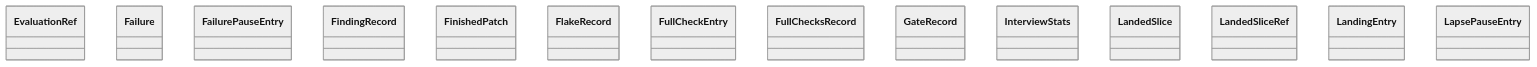
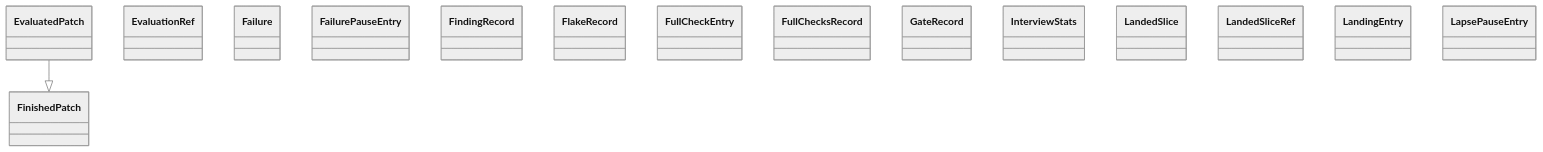
One commit to GonzaloZevallos/agentic-system changed the diagram in docs/architecture/generated/classes-process-domain-state-4.md. Above: the diagram before and after it, drawn with Mermaid (neutral theme). The commit also changed other lines of this file and 21 other files, not shown here.

````diff
--- a/docs/architecture/generated/classes-process-domain-state-4.md
+++ b/docs/architecture/generated/classes-process-domain-state-4.md
@@ -23,17 +23,19 @@
 ```mermaid
 classDiagram
+    class task__EvaluatedPatch["EvaluatedPatch"]
     class task__EvaluationRef["EvaluationRef"]
     class task__Failure["Failure"]
     class task__FailurePauseEntry["FailurePauseEntry"]
     class task__FindingRecord["FindingRecord"]
     class task__FinishedPatch["FinishedPatch"]
     class task__FlakeRecord["FlakeRecord"]
     class task__FullCheckEntry["FullCheckEntry"]
     class task__FullChecksRecord["FullChecksRecord"]
     class task__GateRecord["GateRecord"]
     class task__InterviewStats["InterviewStats"]
     class task__LandedSlice["LandedSlice"]
     class task__LandedSliceRef["LandedSliceRef"]
     class task__LandingEntry["LandingEntry"]
     class task__LapsePauseEntry["LapsePauseEntry"]
+    task__EvaluatedPatch --|> task__FinishedPatch
 ```
````
